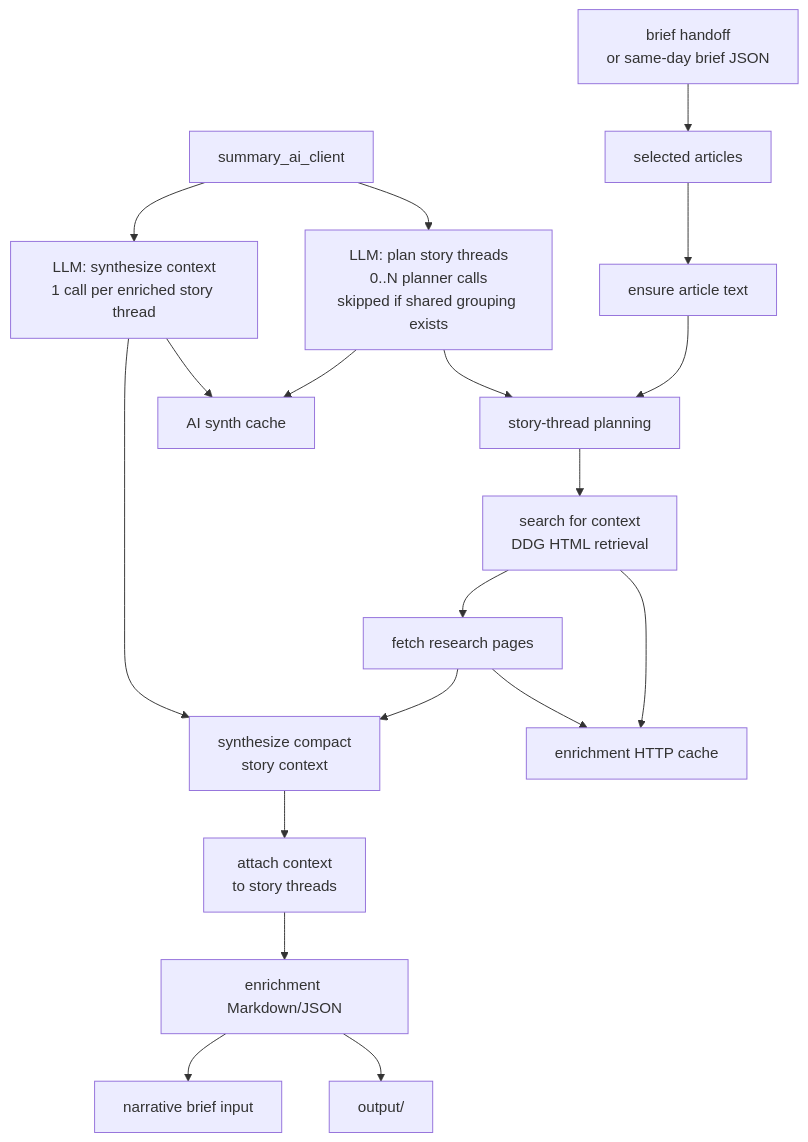
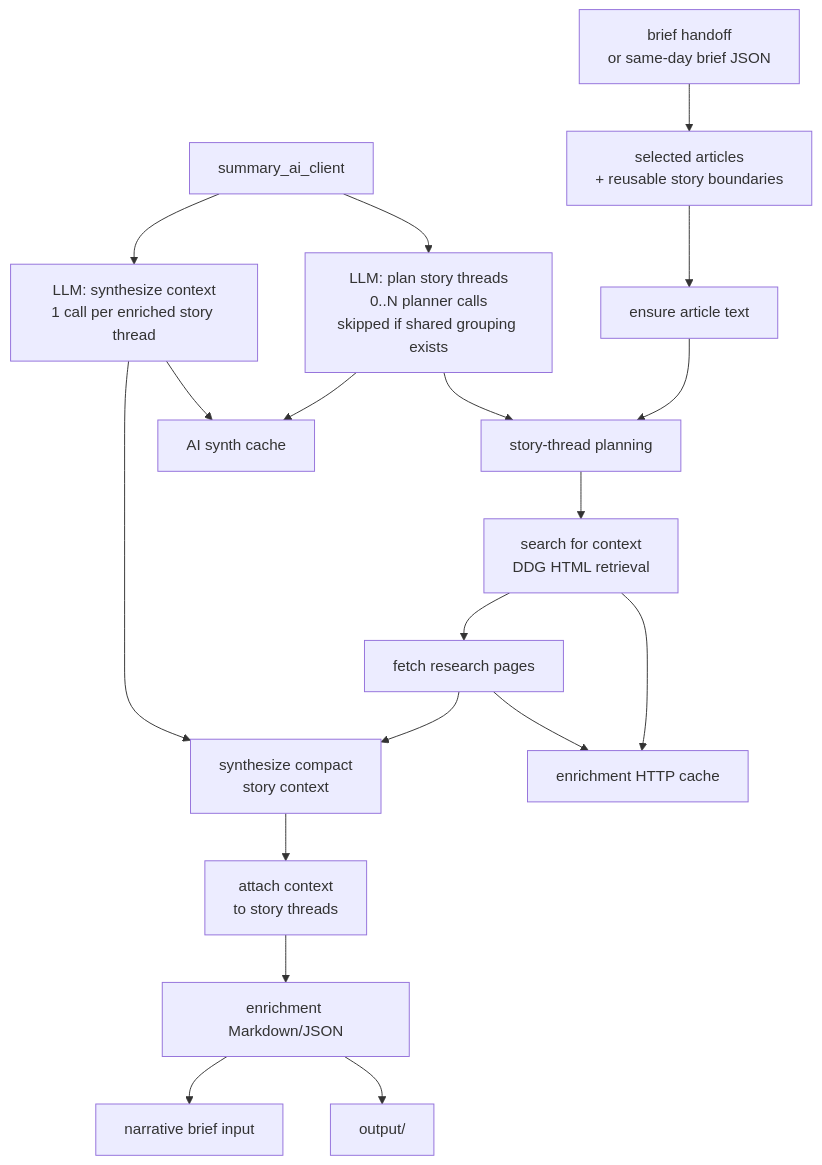
The third of 3 diagrams in docs/architecture.md (HorizonEngine24798/MyDailyNews), drawn with Mermaid before and after one commit. The commit also changed other lines of this file and 97 other files, not shown here.

````diff
--- a/docs/architecture.md
+++ b/docs/architecture.md
@@ -85,21 +85,21 @@
 ```mermaid
 flowchart TD
-    HANDOFF["brief handoff<br/>or same-day brief JSON"] --> INPUTS["selected articles"]
+    HANDOFF["brief handoff<br/>or same-day brief JSON"] --> INPUTS["selected articles<br/>+ reusable story boundaries"]
     INPUTS --> TEXT["ensure article text"]
     TEXT --> PLAN["story-thread planning"]
     SUMMARY["summary_ai_client"] --> PLAN_CALL["LLM: plan story threads<br/>0..N planner calls<br/>skipped if shared grouping exists"]
     PLAN_CALL --> PLAN
     PLAN --> SEARCH["search for context<br/>DDG HTML retrieval"]
     SEARCH --> FETCH["fetch research pages"]
     FETCH --> SYNTH["synthesize compact<br/>story context"]
     SUMMARY --> SYNTH_CALL["LLM: synthesize context<br/>1 call per enriched story thread"]
     SYNTH_CALL --> SYNTH
     SYNTH --> ATTACH["attach context<br/>to story threads"]
     ATTACH --> ENRICHED["enrichment Markdown/JSON"]
     ENRICHED --> NARRATIVE["narrative brief input"]
     SEARCH --> HTTP_CACHE["enrichment HTTP cache"]
     FETCH --> HTTP_CACHE
     PLAN_CALL --> AI_CACHE["AI synth cache"]
     SYNTH_CALL --> AI_CACHE
     ENRICHED --> OUTPUT["output/"]
 ```
````
